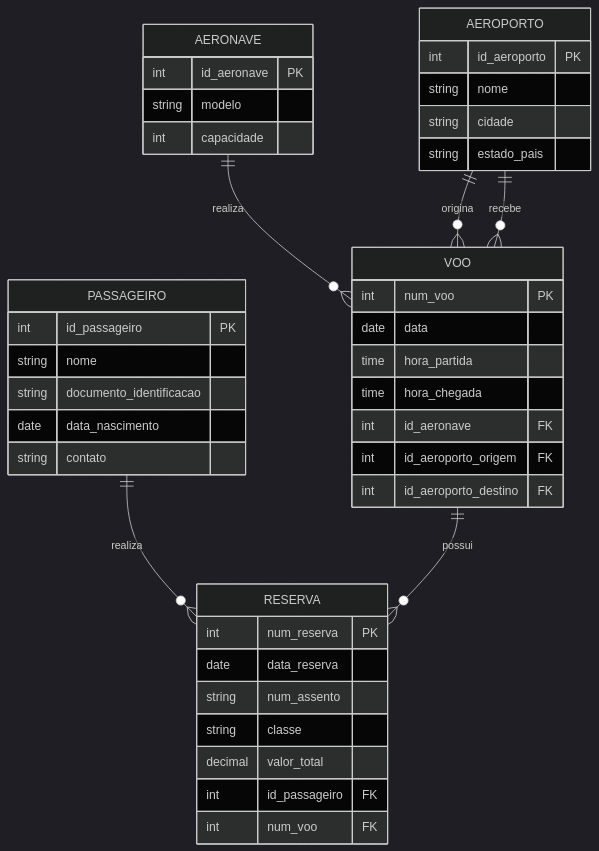
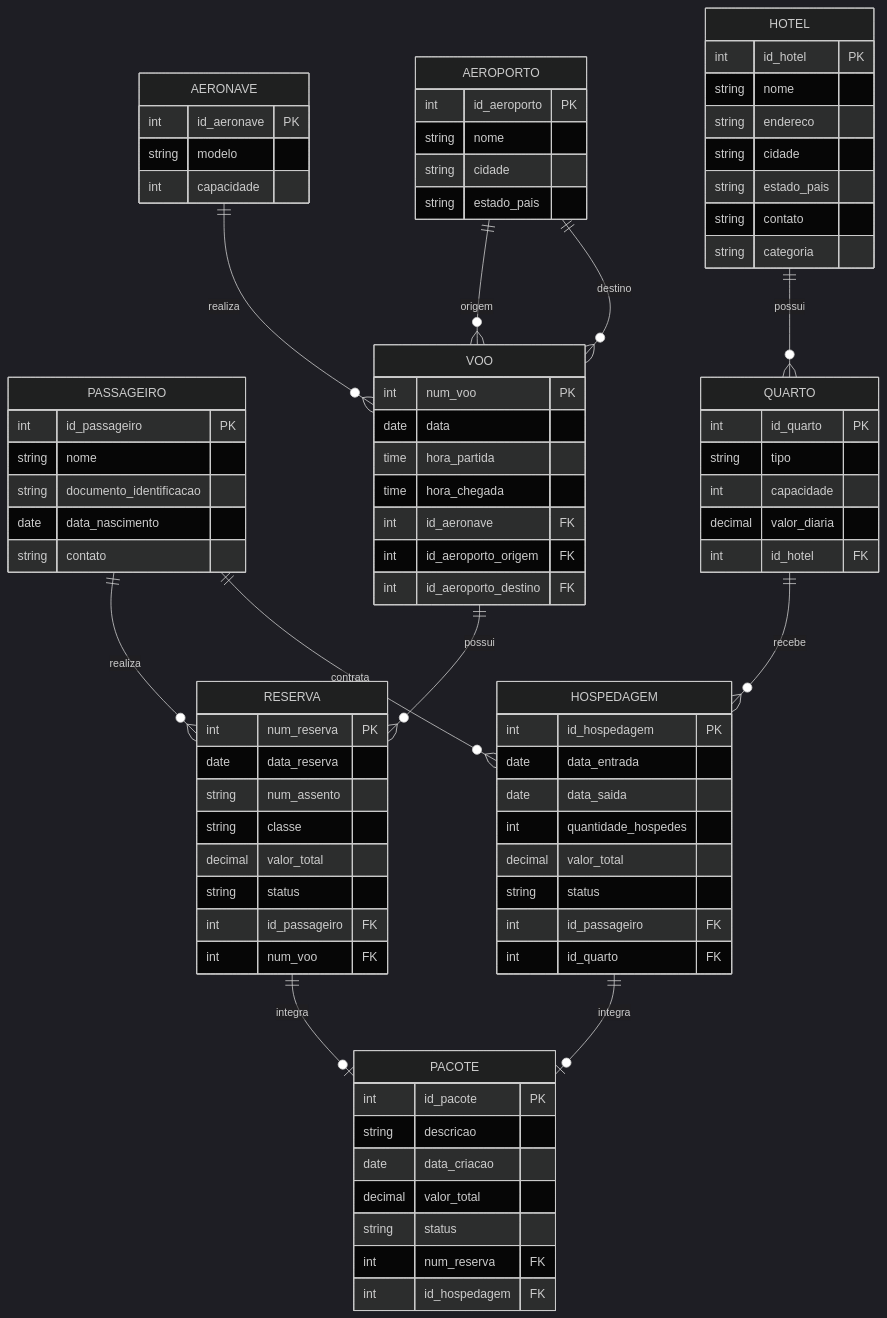
The diagram in README.md (Gabrielferso/sistema-reserva-passagens), drawn with Mermaid (dark theme) before and after one commit. The commit also changed other lines of this file, not shown here.

````diff
--- a/README.md
+++ b/README.md
@@ -127,14 +282,17 @@
 erDiagram
 
     PASSAGEIRO ||--o{ RESERVA : realiza
+    VOO ||--o{ RESERVA : possui
+    AERONAVE ||--o{ VOO : realiza
+    AEROPORTO ||--o{ VOO : origem
+    AEROPORTO ||--o{ VOO : destino
 
-    VOO ||--o{ RESERVA : possui
+    HOTEL ||--o{ QUARTO : possui
+    QUARTO ||--o{ HOSPEDAGEM : recebe
+    PASSAGEIRO ||--o{ HOSPEDAGEM : contrata
 
-    AERONAVE ||--o{ VOO : realiza
-
-    AEROPORTO ||--o{ VOO : origina
-
-    AEROPORTO ||--o{ VOO : recebe
+    RESERVA ||--o| PACOTE : integra
+    HOSPEDAGEM ||--o| PACOTE : integra
 
     PASSAGEIRO {
         int id_passageiro PK
@@ -142,26 +300,6 @@
         string documento_identificacao
         date data_nascimento
         string contato
-    }
-
-    RESERVA {
-        int num_reserva PK
-        date data_reserva
-        string num_assento
-        string classe
-        decimal valor_total
-        int id_passageiro FK
-        int num_voo FK
-    }
-
-    VOO {
-        int num_voo PK
-        date data
-        time hora_partida
-        time hora_chegada
-        int id_aeronave FK
-        int id_aeroporto_origem FK
-        int id_aeroporto_destino FK
     }
 
     AERONAVE {
@@ -176,4 +314,64 @@
         string cidade
         string estado_pais
     }
+
+    VOO {
+        int num_voo PK
+        date data
+        time hora_partida
+        time hora_chegada
+        int id_aeronave FK
+        int id_aeroporto_origem FK
+        int id_aeroporto_destino FK
+    }
+
+    RESERVA {
+        int num_reserva PK
+        date data_reserva
+        string num_assento
+        string classe
+        decimal valor_total
+        string status
+        int id_passageiro FK
+        int num_voo FK
+    }
+
+    HOTEL {
+        int id_hotel PK
+        string nome
+        string endereco
+        string cidade
+        string estado_pais
+        string contato
+        string categoria
+    }
+
+    QUARTO {
+        int id_quarto PK
+        string tipo
+        int capacidade
+        decimal valor_diaria
+        int id_hotel FK
+    }
+
+    HOSPEDAGEM {
+        int id_hospedagem PK
+        date data_entrada
+        date data_saida
+        int quantidade_hospedes
+        decimal valor_total
+        string status
+        int id_passageiro FK
+        int id_quarto FK
+    }
+
+    PACOTE {
+        int id_pacote PK
+        string descricao
+        date data_criacao
+        decimal valor_total
+        string status
+        int num_reserva FK
+        int id_hospedagem FK
+    }
 ```
````
